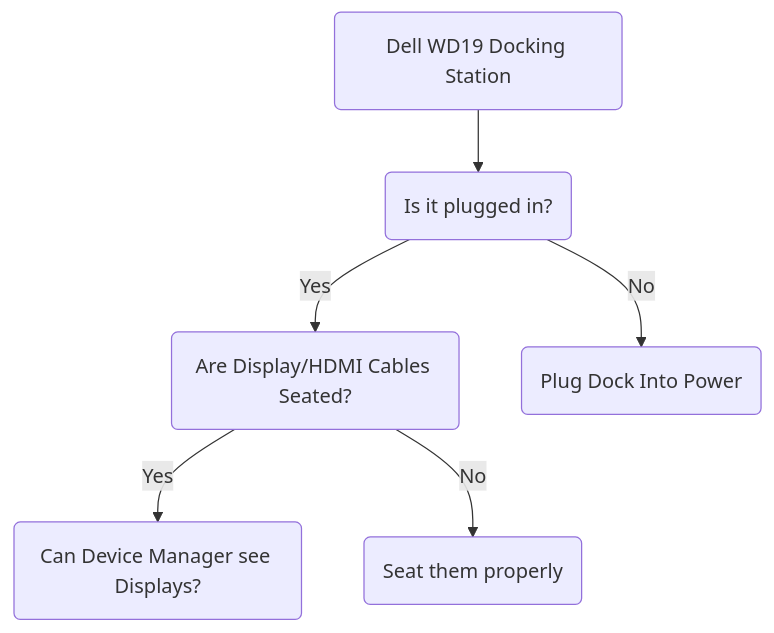
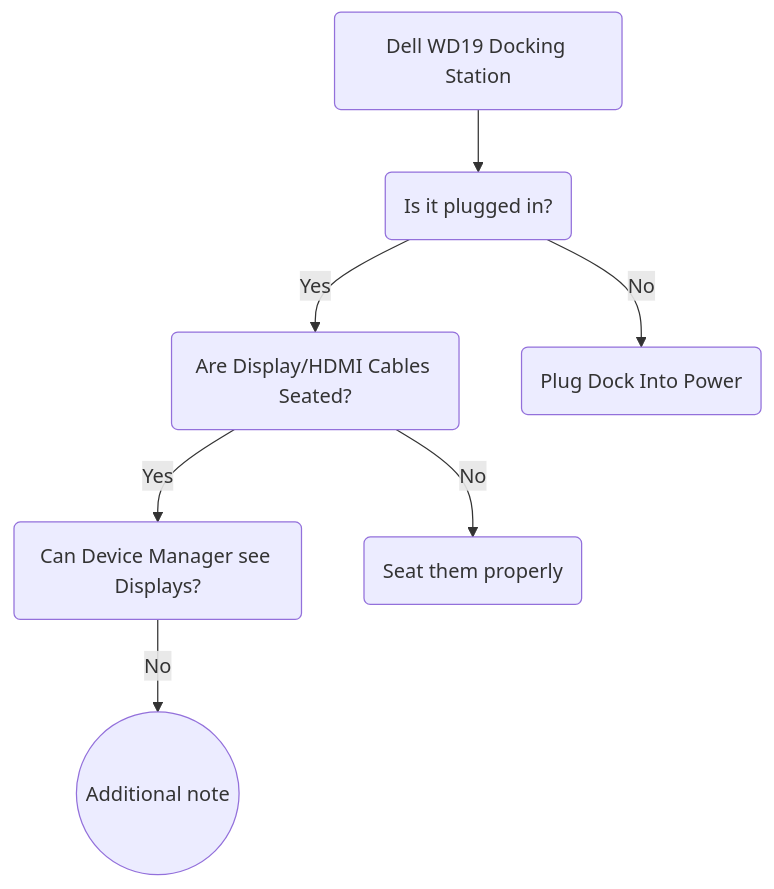
One commit to ODS-VDTSS/ObsidianGitTest changed the fourth of 4 diagrams in Mermaid Test.md. Above: the diagram before and after it, drawn with Mermaid.

Commit message:
vault backup: 2026-03-02 23:37:10

````diff
--- a/Mermaid Test.md
+++ b/Mermaid Test.md
@@ -45,12 +45,14 @@
 ``` mermaid
 flowchart TD
 
 A(Dell WD19 Docking Station)
 A --> B(Is it plugged in?)
 
 B -->|Yes| C(Are Display/HDMI Cables Seated?)
 B -->|No| D(Plug Dock Into Power)
 
 C -->|Yes| E(Can Device Manager see Displays?)
 C -->|No| F(Seat them properly)
+
+E -->|No| G((Additional note ))
 ```
````
